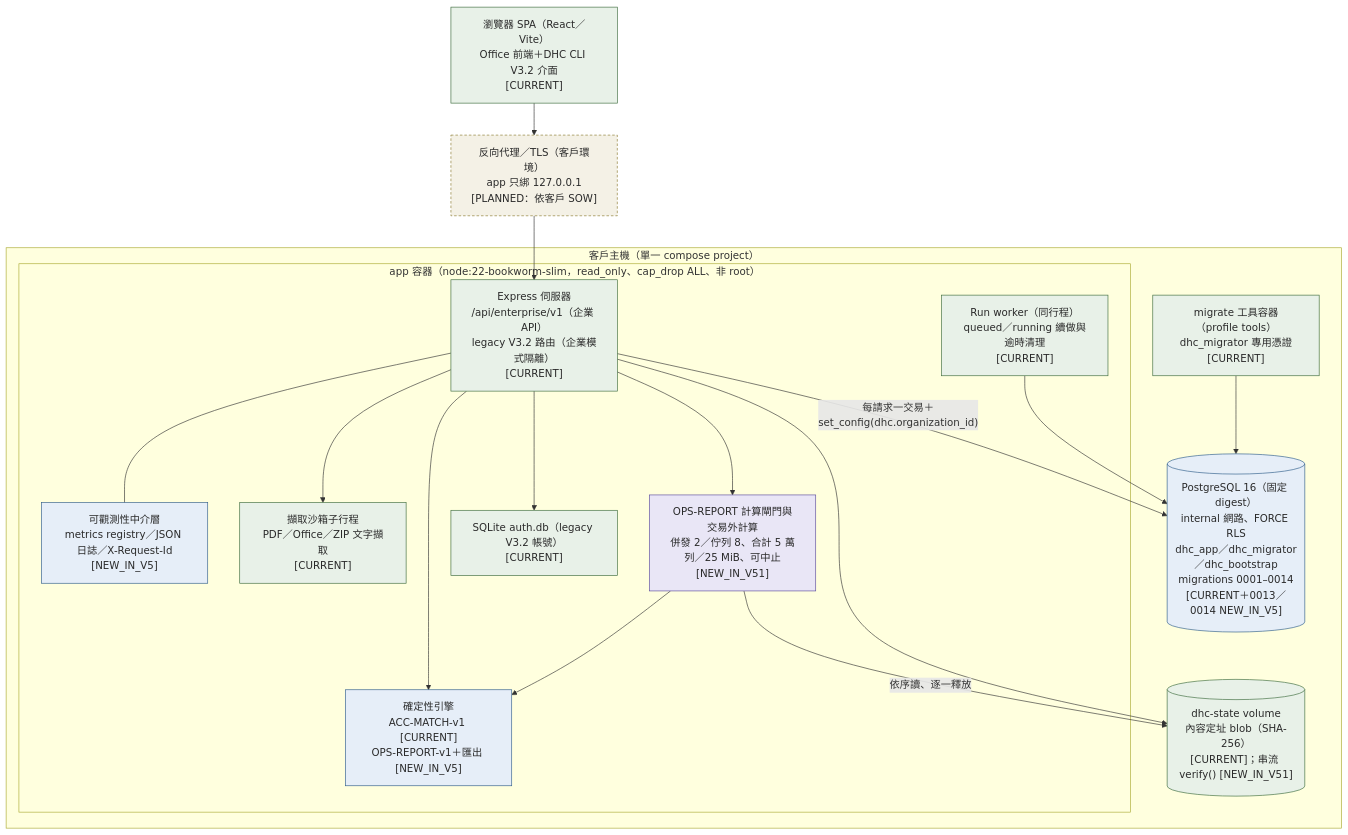
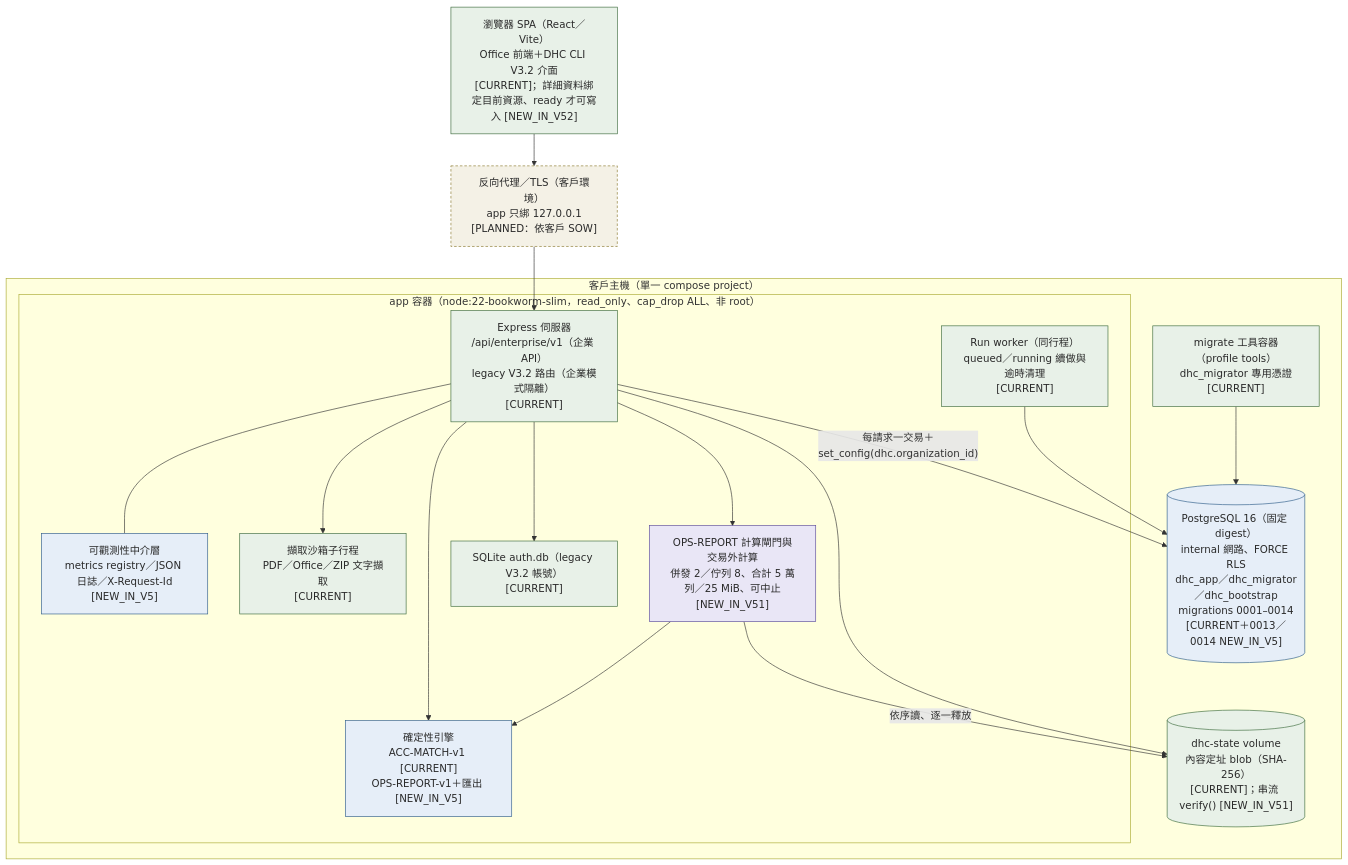
The diagram in web-ui/docs/enterprise/architecture/CURRENT_C4_CONTAINER.mmd (hades60414-sys/DHC-AI-SYSTEM), drawn with Mermaid before and after one commit. The commit also changed 12 other files, not shown here.

First line of the commit message:
docs(enterprise): V5.2 architecture delta, ledger and ASTRA-ROLL remediation matrix

```diff
--- a/web-ui/docs/enterprise/architecture/CURRENT_C4_CONTAINER.mmd
+++ b/web-ui/docs/enterprise/architecture/CURRENT_C4_CONTAINER.mmd
@@ -1,35 +1,36 @@
 %% V5.1：紫色＝NEW_IN_V51。C4 Level 2（容器）。來源：deploy/customer-single/compose.yaml、Dockerfile、server/modules/。
 flowchart TB
   classDef current fill:#e8f1e8,stroke:#3d6b3d,color:#2A2A2A
   classDef newv5 fill:#e6eef8,stroke:#2f5d8a,color:#2A2A2A
   classDef newv51 fill:#e9e6f6,stroke:#5a4a9a,color:#2A2A2A
+  classDef newv52 fill:#f6e9df,stroke:#9a5a2a,color:#2A2A2A
   classDef planned fill:#f4f1e6,stroke:#8a7a2f,color:#2A2A2A,stroke-dasharray:4 3
 
-  browser["瀏覽器 SPA（React／Vite）<br/>Office 前端＋DHC CLI V3.2 介面<br/>[CURRENT]"]:::current
+  browser["瀏覽器 SPA（React／Vite）<br/>Office 前端＋DHC CLI V3.2 介面<br/>[CURRENT]；詳細資料綁定目前資源、ready 才可寫入 [NEW_IN_V52]"]:::current
   subgraph host["客戶主機（單一 compose project）"]
     subgraph app["app 容器（node:22-bookworm-slim，read_only、cap_drop ALL、非 root）"]
       api["Express 伺服器<br/>/api/enterprise/v1（企業 API）<br/>legacy V3.2 路由（企業模式隔離）<br/>[CURRENT]"]:::current
       obs["可觀測性中介層<br/>metrics registry／JSON 日誌／X-Request-Id<br/>[NEW_IN_V5]"]:::newv5
       worker["Run worker（同行程）<br/>queued／running 續做與逾時清理<br/>[CURRENT]"]:::current
       sandbox["擷取沙箱子行程<br/>PDF／Office／ZIP 文字擷取<br/>[CURRENT]"]:::current
       engines["確定性引擎<br/>ACC-MATCH-v1 [CURRENT]<br/>OPS-REPORT-v1＋匯出 [NEW_IN_V5]"]:::newv5
       runner["OPS-REPORT 計算閘門與交易外計算<br/>併發 2／佇列 8、合計 5 萬列／25 MiB、可中止<br/>[NEW_IN_V51]"]:::newv51
       sqlite["SQLite auth.db（legacy V3.2 帳號）<br/>[CURRENT]"]:::current
     end
     blobs[("dhc-state volume<br/>內容定址 blob（SHA-256）<br/>[CURRENT]；串流 verify() [NEW_IN_V51]")]:::current
     db[("PostgreSQL 16（固定 digest）<br/>internal 網路、FORCE RLS<br/>dhc_app／dhc_migrator／dhc_bootstrap<br/>migrations 0001–0014<br/>[CURRENT＋0013／0014 NEW_IN_V5]")]:::newv5
     migrate["migrate 工具容器（profile tools）<br/>dhc_migrator 專用憑證<br/>[CURRENT]"]:::current
   end
   proxy["反向代理／TLS（客戶環境）<br/>app 只綁 127.0.0.1<br/>[PLANNED：依客戶 SOW]"]:::planned
 
   browser --> proxy --> api
   api --- obs
   api --> engines
   api --> runner --> engines
   runner -->|"依序讀、逐一釋放"| blobs
   api --> sandbox
   api --> blobs
   api -->|"每請求一交易＋set_config(dhc.organization_id)"| db
   worker --> db
   api --> sqlite
   migrate --> db
```
